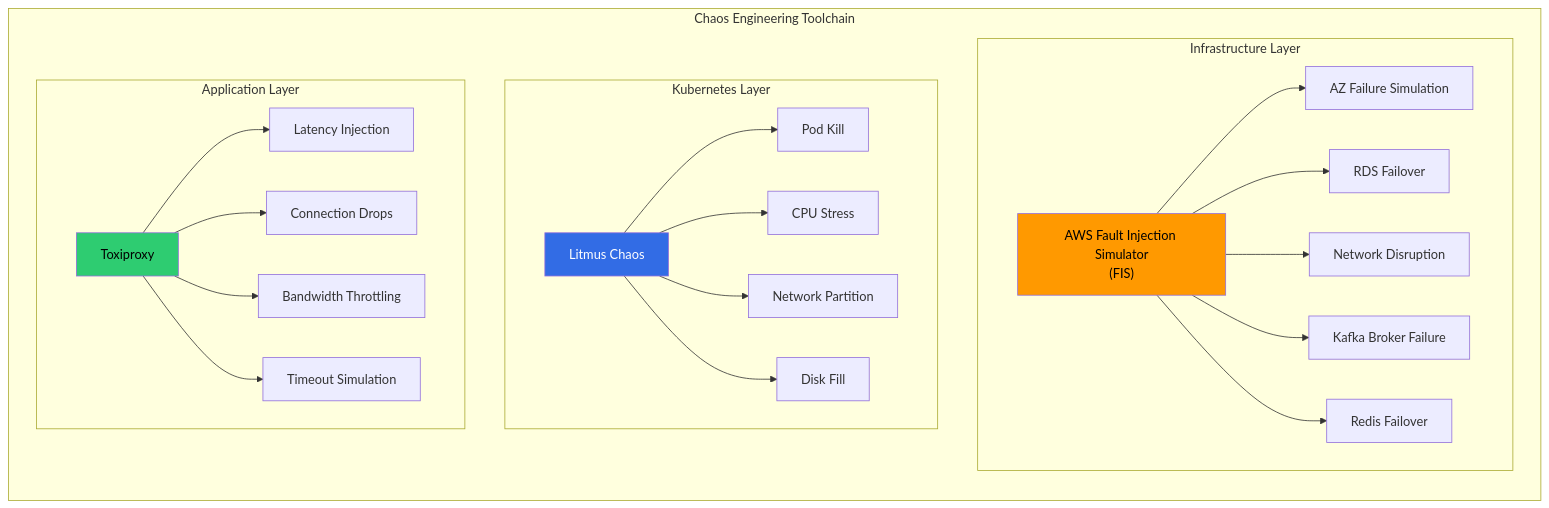
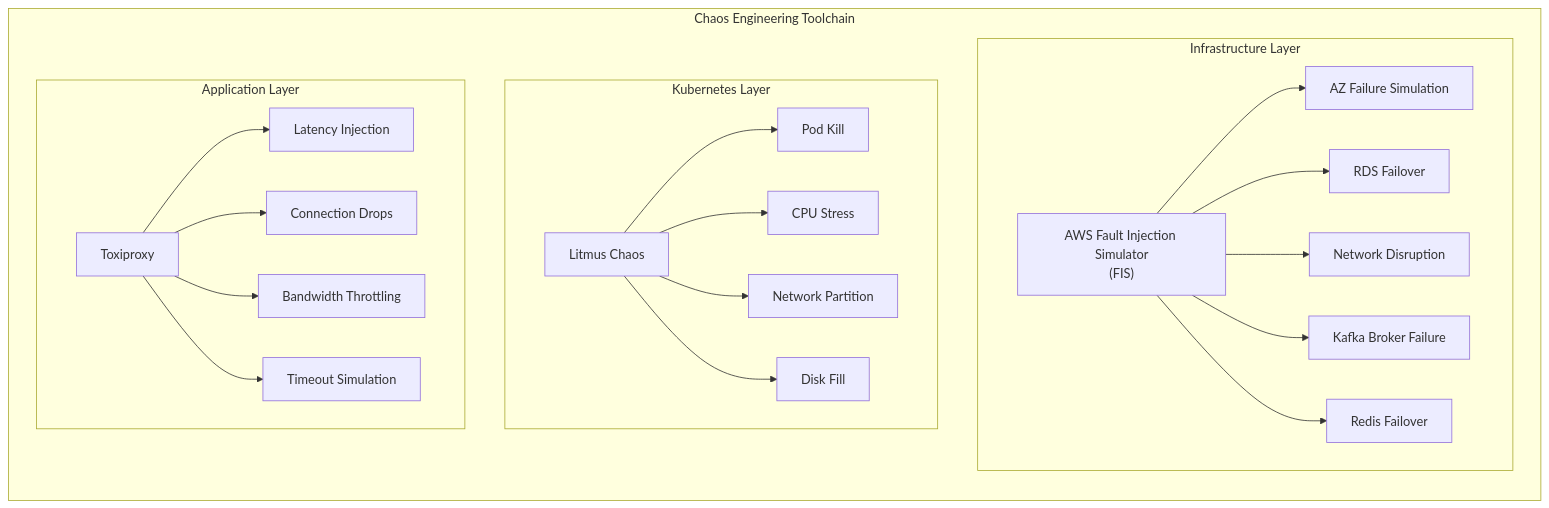
The first of 4 diagrams in 05-operational-excellence/06-chaos-engineering.md (rishikeshdhokare/platform-manifesto), drawn with Mermaid before and after one commit. The commit also changed other lines of this file and 14 other files, not shown here.

First line of the commit message:
fix: remove mermaid style directives (119 lines across 15 files)

````diff
--- a/05-operational-excellence/06-chaos-engineering.md
+++ b/05-operational-excellence/06-chaos-engineering.md
@@ -34,48 +34,45 @@
 ```mermaid
 graph TB
     subgraph "Chaos Engineering Toolchain"
         direction TB
 
         subgraph "Infrastructure Layer"
             FIS["AWS Fault Injection Simulator<br/>(FIS)"]
             FIS_AZ["AZ Failure Simulation"]
             FIS_RDS["RDS Failover"]
             FIS_NET["Network Disruption"]
             FIS_KAFKA["Kafka Broker Failure"]
             FIS_REDIS["Redis Failover"]
             FIS --> FIS_AZ
             FIS --> FIS_RDS
             FIS --> FIS_NET
             FIS --> FIS_KAFKA
             FIS --> FIS_REDIS
         end
 
         subgraph "Kubernetes Layer"
             LITMUS["Litmus Chaos"]
             LIT_POD["Pod Kill"]
             LIT_CPU["CPU Stress"]
             LIT_NETPART["Network Partition"]
             LIT_DISK["Disk Fill"]
             LITMUS --> LIT_POD
             LITMUS --> LIT_CPU
             LITMUS --> LIT_NETPART
             LITMUS --> LIT_DISK
         end
 
         subgraph "Application Layer"
             TOXI["Toxiproxy"]
             TOXI_LAT["Latency Injection"]
             TOXI_CONN["Connection Drops"]
             TOXI_BW["Bandwidth Throttling"]
             TOXI_TO["Timeout Simulation"]
             TOXI --> TOXI_LAT
             TOXI --> TOXI_CONN
             TOXI --> TOXI_BW
             TOXI --> TOXI_TO
         end
     end
 
-    style FIS fill:#FF9900,color:#000
-    style LITMUS fill:#326CE5,color:#fff
-    style TOXI fill:#2ECC71,color:#000
 ```
````
